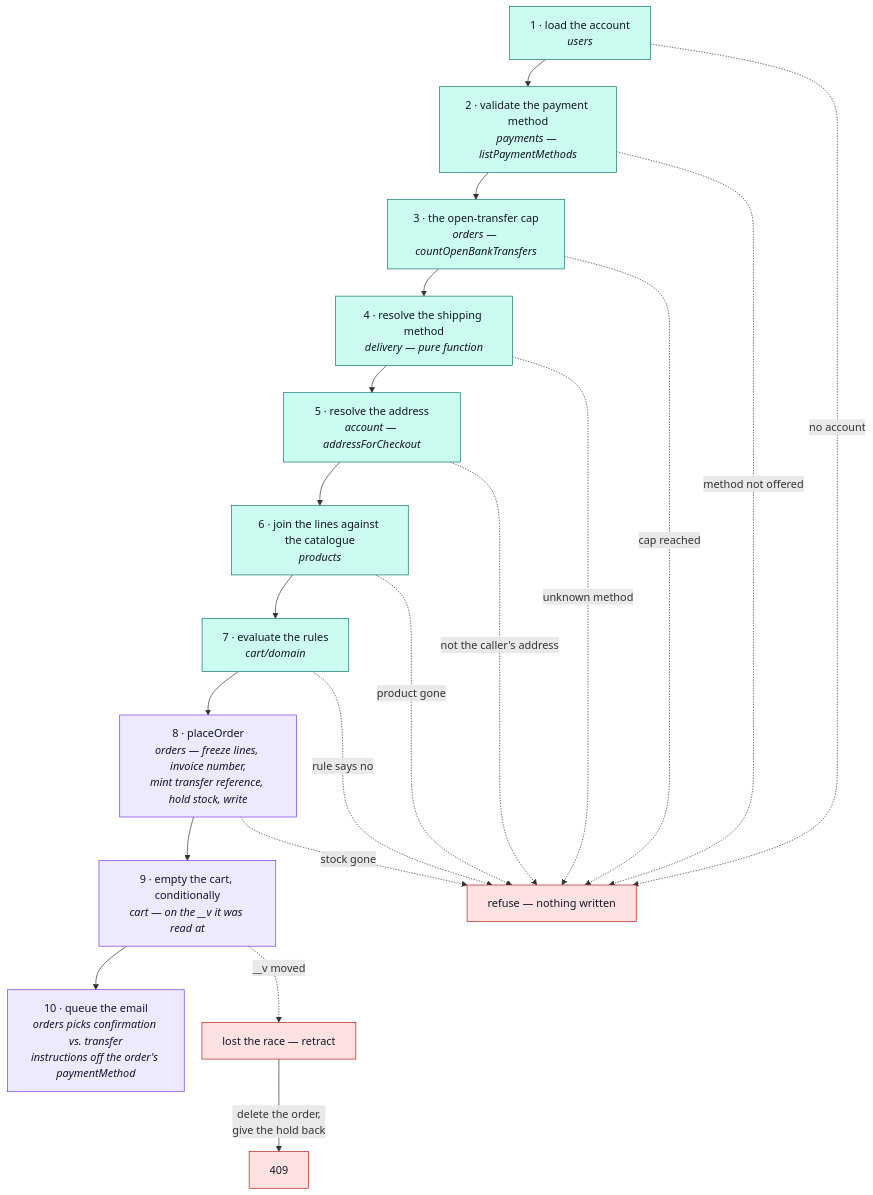
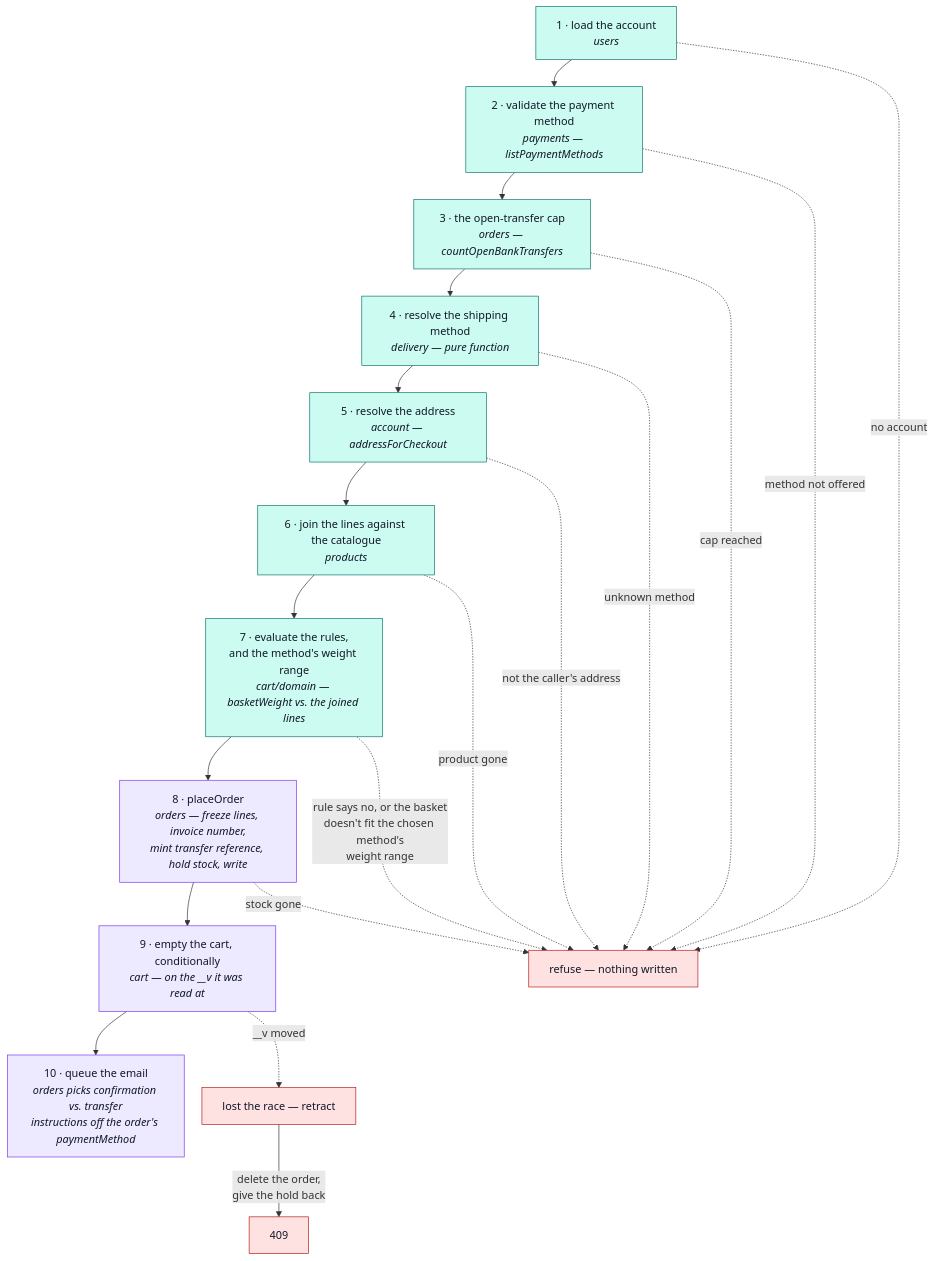
Before and after one commit to Guebbit/boilerplate-node-backend: the diagram in docs/modules/cart-checkout.md, drawn with Mermaid. The commit also changed other lines of this file and 2 other files, not shown here.

First line of the commit message:
docs(delivery,cart-checkout,demo-ecommerce): explain the weight-range fit check

````diff
--- a/docs/modules/cart-checkout.md
+++ b/docs/modules/cart-checkout.md
@@ -25,34 +25,34 @@
 ```mermaid
 %%{init: {'flowchart': {'nodeSpacing': 26, 'rankSpacing': 40}}}%%
 flowchart TD
     A["1 · load the account<br/><i>users</i>"] --> P["2 · validate the payment method<br/><i>payments — listPaymentMethods</i>"]
     P --> Q["3 · the open-transfer cap<br/><i>orders — countOpenBankTransfers</i>"]
     Q --> B["4 · resolve the shipping method<br/><i>delivery — pure function</i>"]
     B --> C["5 · resolve the address<br/><i>account — addressForCheckout</i>"]
     C --> D["6 · join the lines against the catalogue<br/><i>products</i>"]
-    D --> E["7 · evaluate the rules<br/><i>cart/domain</i>"]
+    D --> E["7 · evaluate the rules,<br/>and the method's weight range<br/><i>cart/domain — basketWeight vs. the joined lines</i>"]
     E --> F["8 · placeOrder<br/><i>orders — freeze lines, invoice number,<br/>mint transfer reference, hold stock, write</i>"]
     F --> H["9 · empty the cart, conditionally<br/><i>cart — on the __v it was read at</i>"]
     H --> I["10 · queue the email<br/><i>orders picks confirmation vs. transfer<br/>instructions off the order's paymentMethod</i>"]
 
     R["refuse — nothing written"]
     A -.->|"no account"| R
     P -.->|"method not offered"| R
     Q -.->|"cap reached"| R
     B -.->|"unknown method"| R
     C -.->|"not the caller's address"| R
     D -.->|"product gone"| R
-    E -.->|"rule says no"| R
+    E -.->|"rule says no, or the basket<br/>doesn't fit the chosen method's<br/>weight range"| R
     F -.->|"stock gone"| R
 
     L["lost the race — retract"]
     H -.->|"__v moved"| L
     L -->|"delete the order,<br/>give the hold back"| M["409"]
 
     classDef read fill:#ccfbf1,stroke:#0f766e,color:#111827;
     classDef write fill:#ede9fe,stroke:#7c3aed,color:#111827;
     classDef bad fill:#fee2e2,stroke:#b91c1c,color:#111827;
     class A,P,Q,B,C,D,E read;
     class F,H,I write;
     class R,L,M bad;
 ```
````
